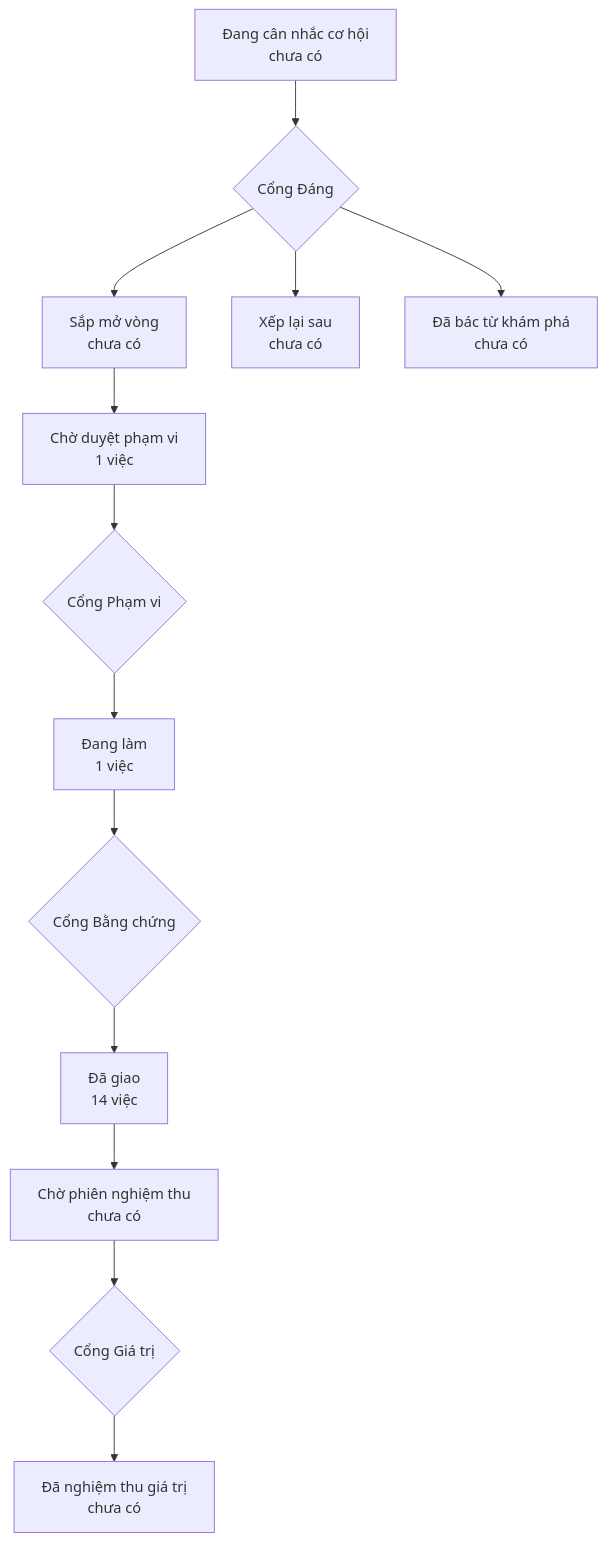
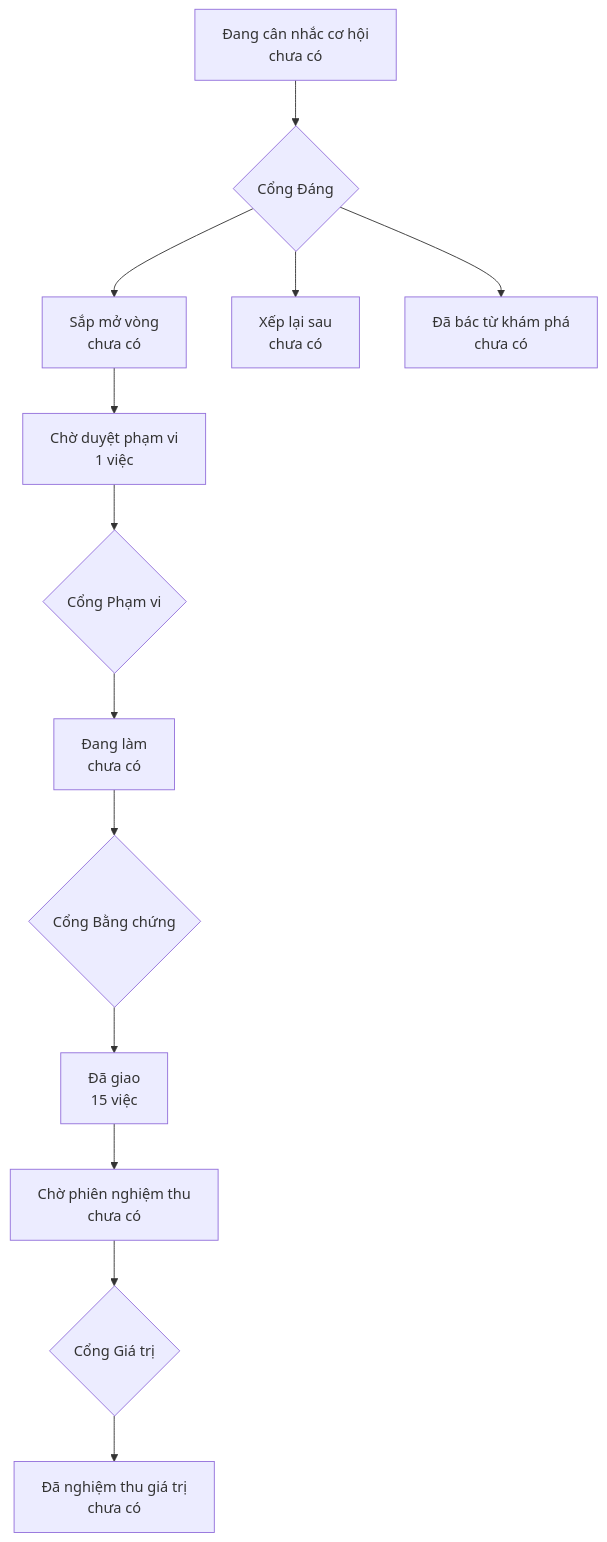
The diagram in PRODUCT-MAP.md (phanlemanh/acceptance-gate-kit), drawn with Mermaid before and after one commit. The commit also changed other lines of this file and 14 other files, not shown here.

````diff
--- a/PRODUCT-MAP.md
+++ b/PRODUCT-MAP.md
@@ -6,12 +6,12 @@
 ```mermaid
 flowchart TD
   A["Đang cân nhắc cơ hội<br/>chưa có"] --> GD{"Cổng Đáng"}
   GD --> B["Sắp mở vòng<br/>chưa có"]
   GD --> XL["Xếp lại sau<br/>chưa có"]
   GD --> DB["Đã bác từ khám phá<br/>chưa có"]
   B --> CD["Chờ duyệt phạm vi<br/>1 việc"] --> GP{"Cổng Phạm vi"}
-  GP --> DL["Đang làm<br/>1 việc"] --> GB{"Cổng Bằng chứng"}
-  GB --> DG["Đã giao<br/>14 việc"]
+  GP --> DL["Đang làm<br/>chưa có"] --> GB{"Cổng Bằng chứng"}
+  GB --> DG["Đã giao<br/>15 việc"]
   DG --> CN["Chờ phiên nghiệm thu<br/>chưa có"] --> GG{"Cổng Giá trị"}
   GG --> NT["Đã nghiệm thu giá trị<br/>chưa có"]
 ```
````
